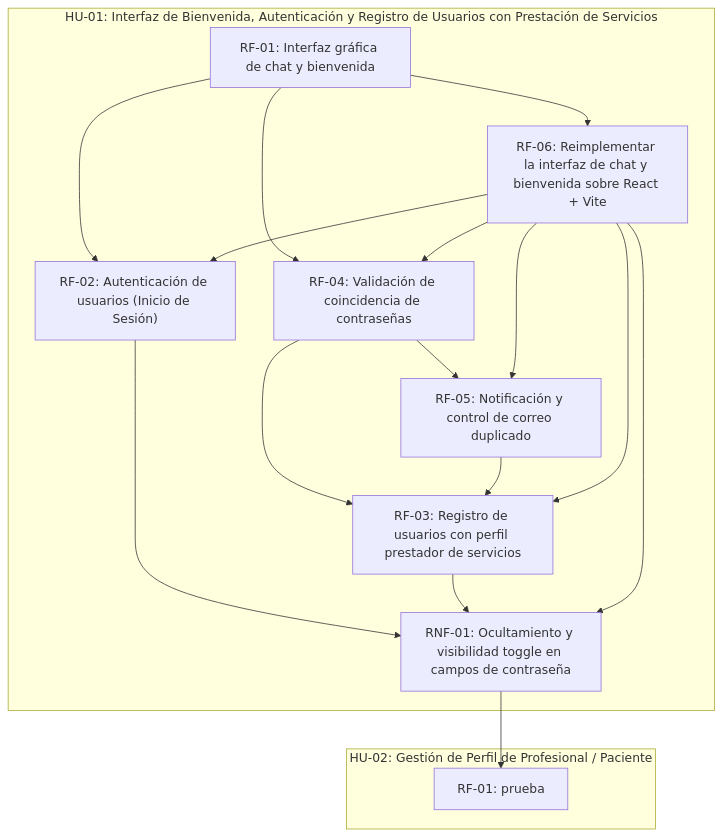
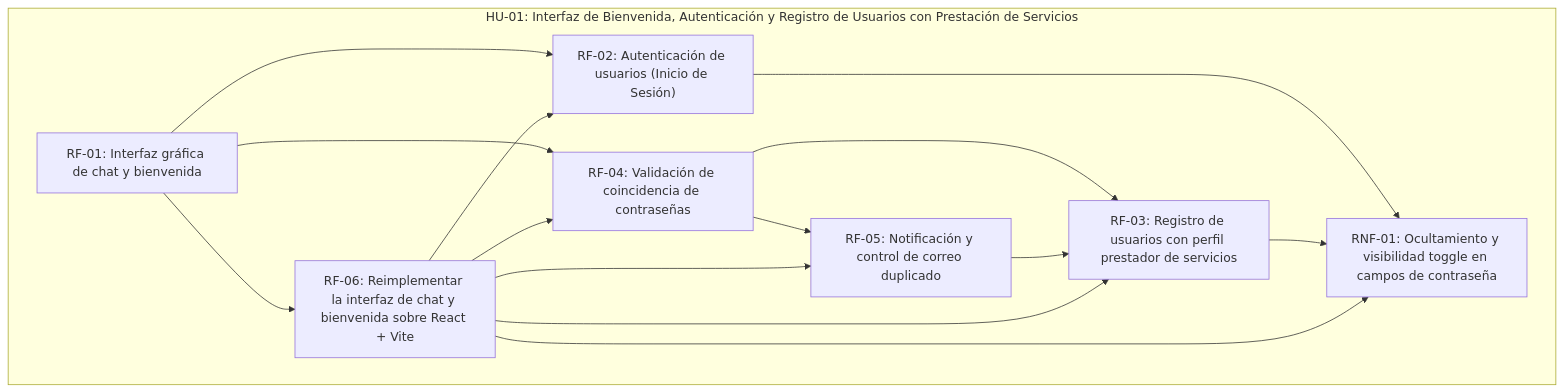
Before and after one commit to fiemcasals/refactoryProfesionales: the diagram in scrumDocs/grafo.md, drawn with Mermaid. The commit also changed other lines of this file, not shown here.

Commit message:
Auto-publish: actualiza scrumDocs/grafo.md

````diff
--- a/scrumDocs/grafo.md
+++ b/scrumDocs/grafo.md
@@ -5,29 +5,25 @@
 ```mermaid
 graph TD
   subgraph US_1785510643692["HU-01: Interfaz de Bienvenida, Autenticación y Registro de Usuarios con Prestación de Servicios"]
     REQ_1785771199977["RF-01: Interfaz gráfica de chat y bienvenida"]
     REQ_1785771214294["RF-02: Autenticación de usuarios (Inicio de Sesión)"]
     REQ_1785771214393["RF-03: Registro de usuarios con perfil prestador de servicios"]
     REQ_1785771214462["RF-04: Validación de coincidencia de contraseñas"]
     REQ_1785771214528["RF-05: Notificación y control de correo duplicado"]
     REQ_1785771214595["RNF-01: Ocultamiento y visibilidad toggle en campos de contraseña"]
     REQ_1790685849827["RF-06: Reimplementar la interfaz de chat y bienvenida sobre React + Vite"]
-  end
-  subgraph US_1785769796519["HU-02: Gestión de Perfil de Profesional / Paciente"]
-    REQ_1786726707284["RF-01: prueba"]
   end
   REQ_1785771199977 --> REQ_1785771214294
   REQ_1790685849827 --> REQ_1785771214294
   REQ_1785771214462 --> REQ_1785771214393
   REQ_1785771214528 --> REQ_1785771214393
   REQ_1790685849827 --> REQ_1785771214393
   REQ_1785771199977 --> REQ_1785771214462
   REQ_1790685849827 --> REQ_1785771214462
   REQ_1785771214462 --> REQ_1785771214528
   REQ_1790685849827 --> REQ_1785771214528
   REQ_1785771214294 --> REQ_1785771214595
   REQ_1785771214393 --> REQ_1785771214595
   REQ_1790685849827 --> REQ_1785771214595
   REQ_1785771199977 --> REQ_1790685849827
-  REQ_1785771214595 --> REQ_1786726707284
 ```
````
